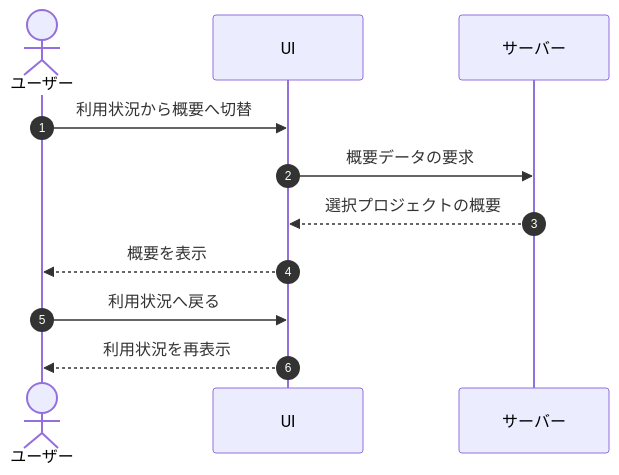
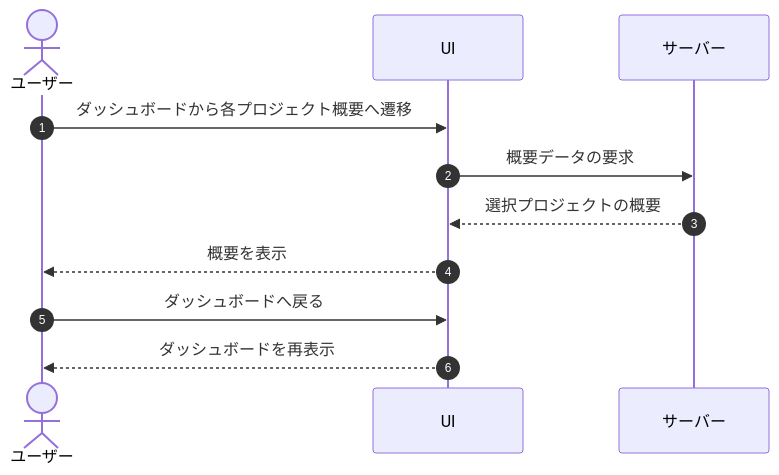
Diagram 20 of 37 in 01_requirements/02_functional_requirement/03_usage-fr.md (sikakou54/open-faq), drawn with Mermaid before and after one commit. The commit also changed other lines of this file and 191 other files, not shown here.

````diff
--- a/01_requirements/02_functional_requirement/03_usage-fr.md
+++ b/01_requirements/02_functional_requirement/03_usage-fr.md
@@ -546,13 +546,13 @@
 ```mermaid
 sequenceDiagram
   autonumber
   actor U as ユーザー
   participant UI as UI
   participant S as サーバー
-  U->>UI: 利用状況から概要へ切替
+  U->>UI: ダッシュボードから各プロジェクト概要へ遷移
   UI->>S: 概要データの要求
   S-->>UI: 選択プロジェクトの概要
   UI-->>U: 概要を表示
-  U->>UI: 利用状況へ戻る
-  UI-->>U: 利用状況を再表示
+  U->>UI: ダッシュボードへ戻る
+  UI-->>U: ダッシュボードを再表示
 ```
````
